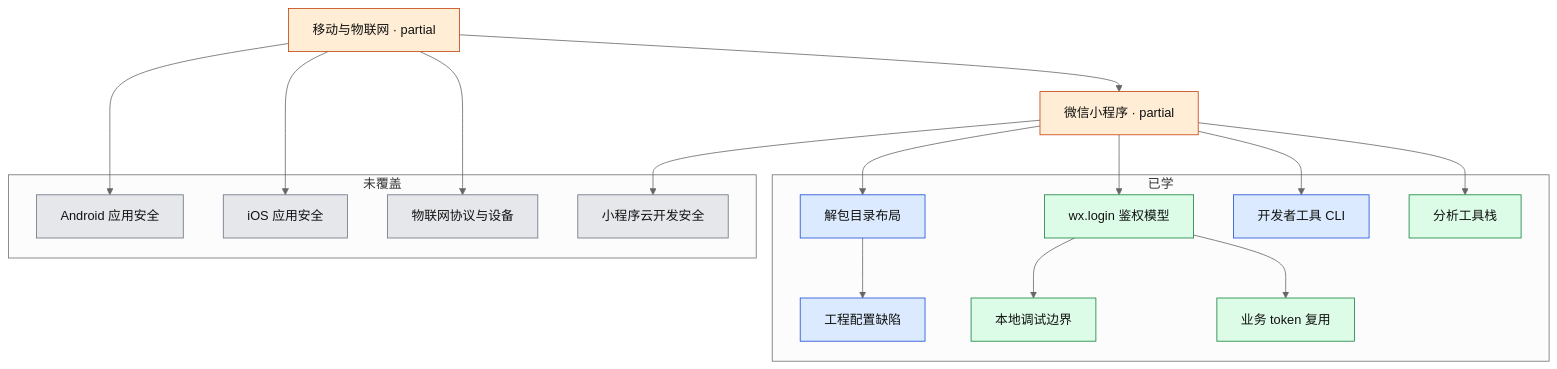
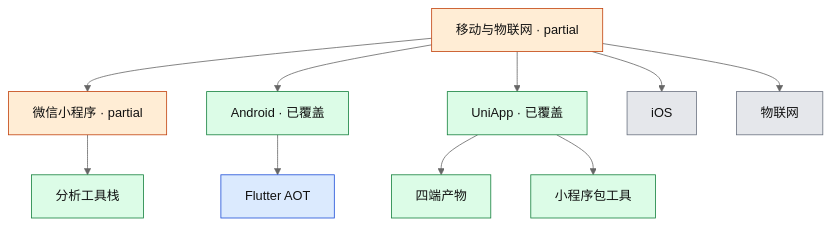
Before and after one commit to HubBoys/cybersec-knowledge: the diagram in domains/mobile-iot/README.md, drawn with Mermaid (neutral theme). The commit also changed other lines of this file and 11 other files, not shown here.

Commit message:
docs: add RE toolchain, Flutter AOT, UniApp, and mitmproxy notes

````diff
--- a/domains/mobile-iot/README.md
+++ b/domains/mobile-iot/README.md
@@ -19,43 +21,27 @@
 ```mermaid
 flowchart TB
   classDef uncovered fill:#e5e7eb,stroke:#6b7280,color:#111
   classDef covered fill:#dcfce7,stroke:#15803d,color:#111
   classDef practiced fill:#dbeafe,stroke:#1d4ed8,color:#111
   classDef partial fill:#ffedd5,stroke:#c2410c,color:#111
 
   MIOT[移动与物联网 · partial]
   MP[微信小程序 · partial]
+  ANDD[Android · 已覆盖]
+  UNI[UniApp · 已覆盖]
 
-  subgraph done [已学]
-    LAY[解包目录布局]
-    CFG[工程配置缺陷]
-    LOGIN[wx.login 鉴权模型]
-    LIMIT[本地调试边界]
-    CLI[开发者工具 CLI]
-    TOK[业务 token 复用]
-    TOOL[分析工具栈]
-  end
+  MP --> TOOL[分析工具栈]
+  ANDD --> AOT[Flutter AOT]
+  UNI --> UPACK[四端产物]
+  UNI --> UMP[小程序包工具]
+  MIOT --> MP
+  MIOT --> ANDD
+  MIOT --> UNI
+  MIOT --> IOS[iOS]
+  MIOT --> IOT[物联网]
 
-  subgraph todo [未覆盖]
-    AND[Android 应用安全]
-    IOS[iOS 应用安全]
-    IOT[物联网协议与设备]
-    CLOUD[小程序云开发安全]
-  end
-
-  MIOT --> MP
-  MP --> LAY --> CFG
-  MP --> LOGIN --> LIMIT
-  MP --> CLI
-  LOGIN --> TOK
-  MP --> TOOL
-  MIOT --> AND
-  MIOT --> IOS
-  MIOT --> IOT
-  MP --> CLOUD
-
-  class LAY,CFG,CLI practiced
-  class LOGIN,LIMIT,TOK,TOOL covered
-  class AND,IOS,IOT,CLOUD uncovered
+  class AOT practiced
+  class TOOL,ANDD,UNI,UPACK,UMP covered
+  class IOS,IOT uncovered
   class MP,MIOT partial
 ```
````
